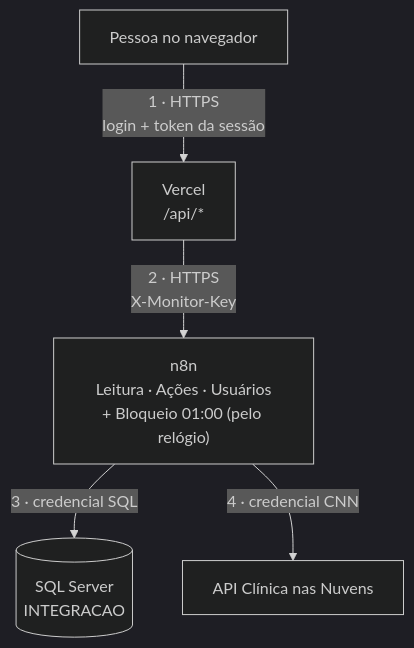
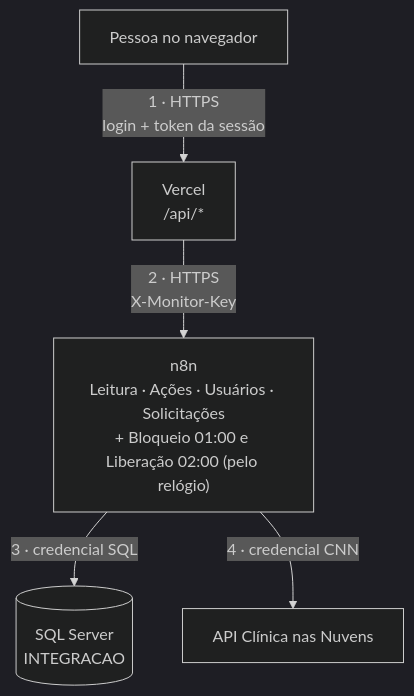
One commit to clariens/painel-integracao-desbloqueio-CNN-web changed the first of 3 diagrams in docs/seguranca.md. Above: the diagram before and after it, drawn with Mermaid (dark theme). The commit also changed other lines of this file and 91 other files, not shown here.

First line of the commit message:
Solicitações de desbloqueio e liberação automática após o prazo

````diff
--- a/docs/seguranca.md
+++ b/docs/seguranca.md
@@ -20,7 +20,7 @@
 ```mermaid
 flowchart TB
     U["Pessoa no navegador"] -- "1 · HTTPS<br/>login + token da sessão" --> V["Vercel<br/>/api/*"]
-    V -- "2 · HTTPS<br/>X-Monitor-Key" --> N["n8n<br/>Leitura · Ações · Usuários<br/>+ Bloqueio 01:00 (pelo relógio)"]
+    V -- "2 · HTTPS<br/>X-Monitor-Key" --> N["n8n<br/>Leitura · Ações · Usuários · Solicitações<br/>+ Bloqueio 01:00 e Liberação 02:00 (pelo relógio)"]
     N -- "3 · credencial SQL" --> B[("SQL Server<br/>INTEGRACAO")]
     N -- "4 · credencial CNN" --> C["API Clínica nas Nuvens"]
 ```
````
